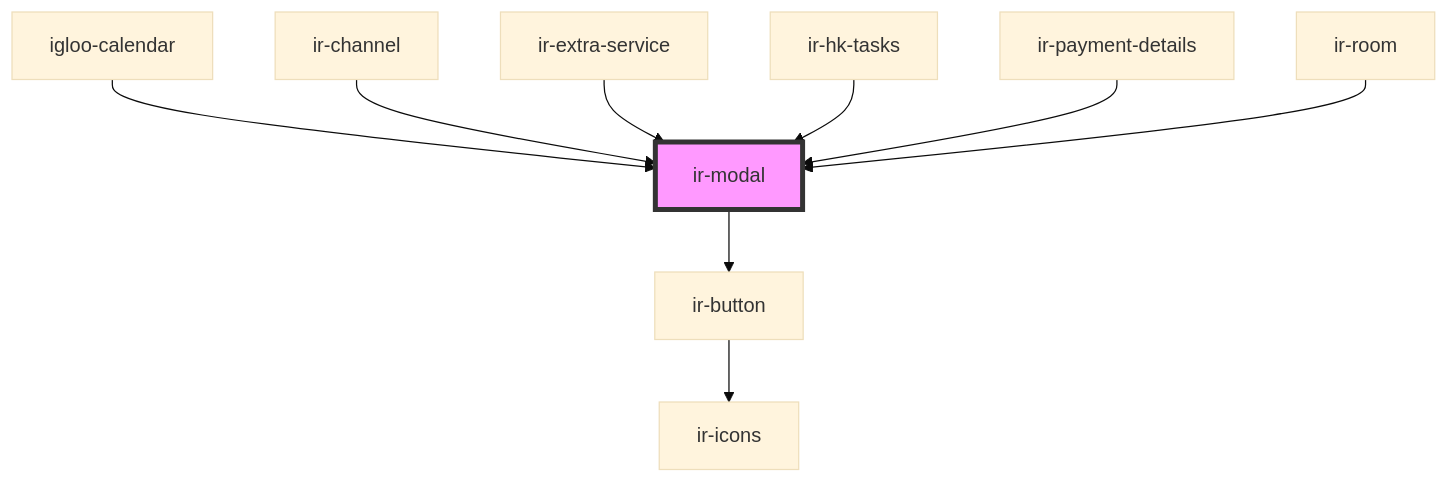
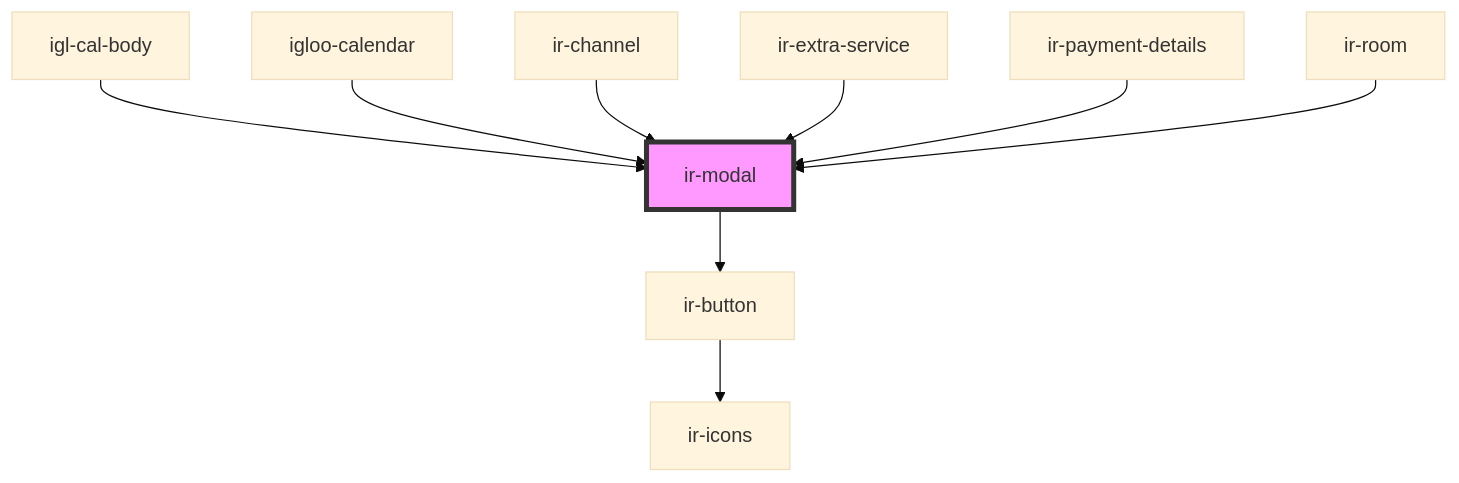
One commit to David1Chowaifaty/modified-ir-webcmp changed the diagram in src/components/ir-modal/readme.md. Above: the diagram before and after it, drawn with Mermaid (base theme). The commit also changed other lines of this file and 34 other files, not shown here.

````diff
--- a/src/components/ir-modal/readme.md
+++ b/src/components/ir-modal/readme.md
@@ -75,12 +76,12 @@
 ```mermaid
 graph TD;
   ir-modal --> ir-button
   ir-button --> ir-icons
+  igl-cal-body --> ir-modal
   igloo-calendar --> ir-modal
   ir-channel --> ir-modal
   ir-extra-service --> ir-modal
-  ir-hk-tasks --> ir-modal
   ir-payment-details --> ir-modal
   ir-room --> ir-modal
   style ir-modal fill:#f9f,stroke:#333,stroke-width:4px
 ```
````
